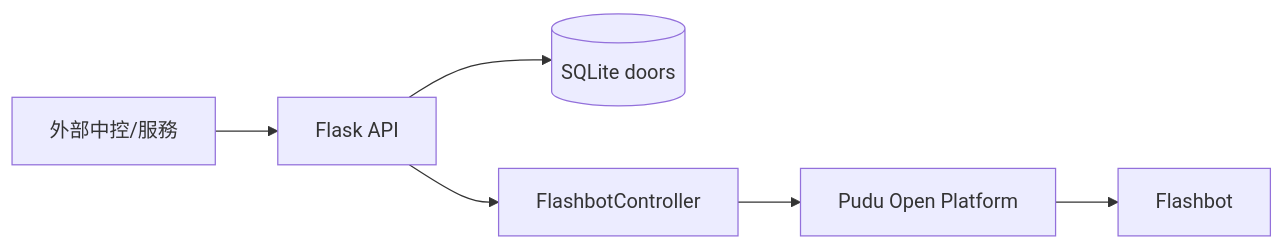
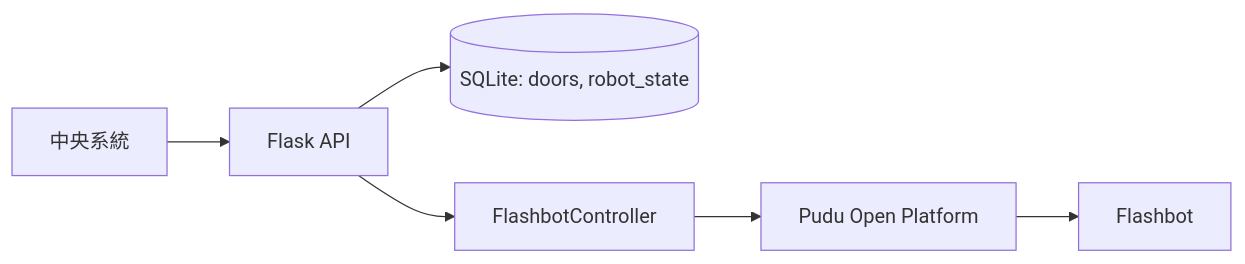
Before and after one commit to Liao-YuSheng/Aurobox: the diagram in README.md, drawn with Mermaid. The commit also changed other lines of this file and 14 other files, not shown here.

````diff
--- a/README.md
+++ b/README.md
@@ -32,8 +16,8 @@
 ```mermaid
 flowchart LR
-  External[外部中控/服務] --> API[Flask API]
-  API --> DB[(SQLite doors)]
+  Central[中央系統] --> API[Flask API]
+  API --> DB[(SQLite: doors, robot_state)]
   API --> CTRL[FlashbotController]
   CTRL --> PUDU[Pudu Open Platform]
   PUDU --> ROBOT[Flashbot]
 ```
````
